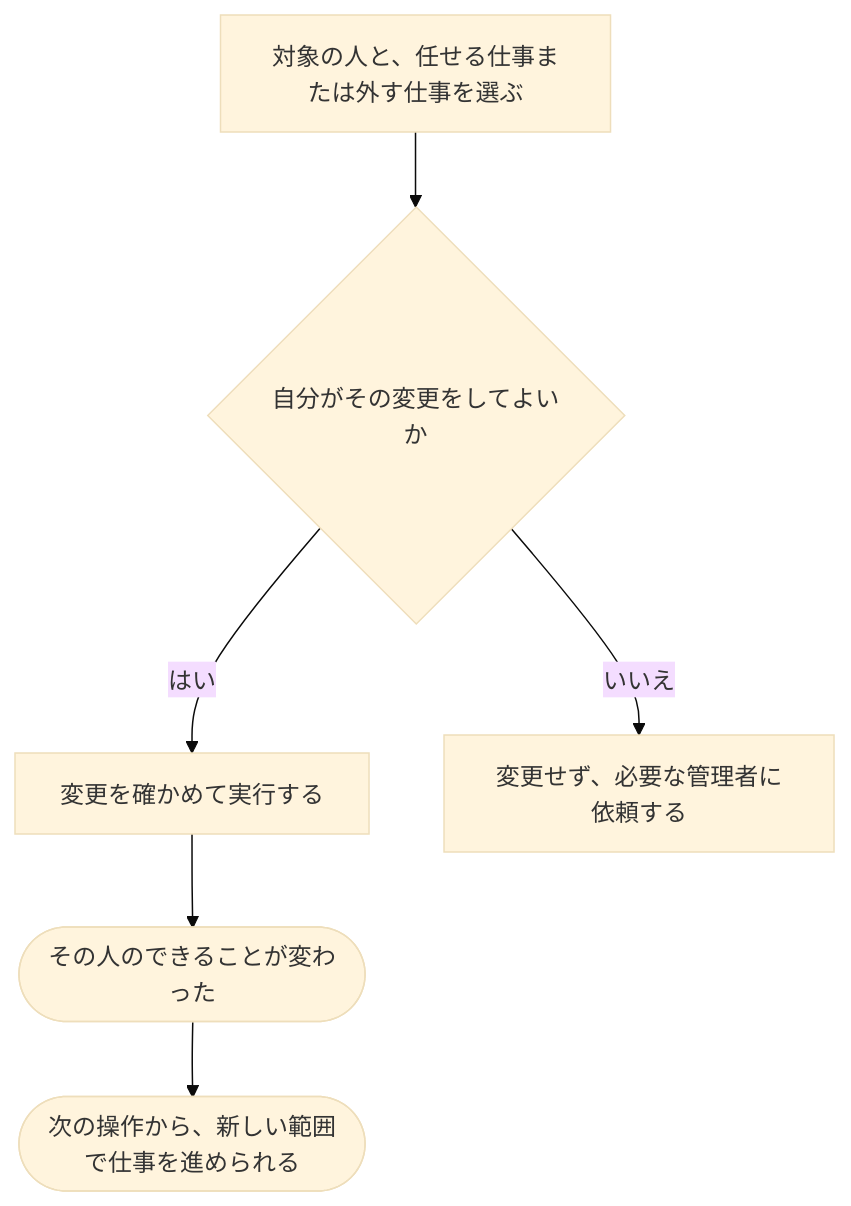
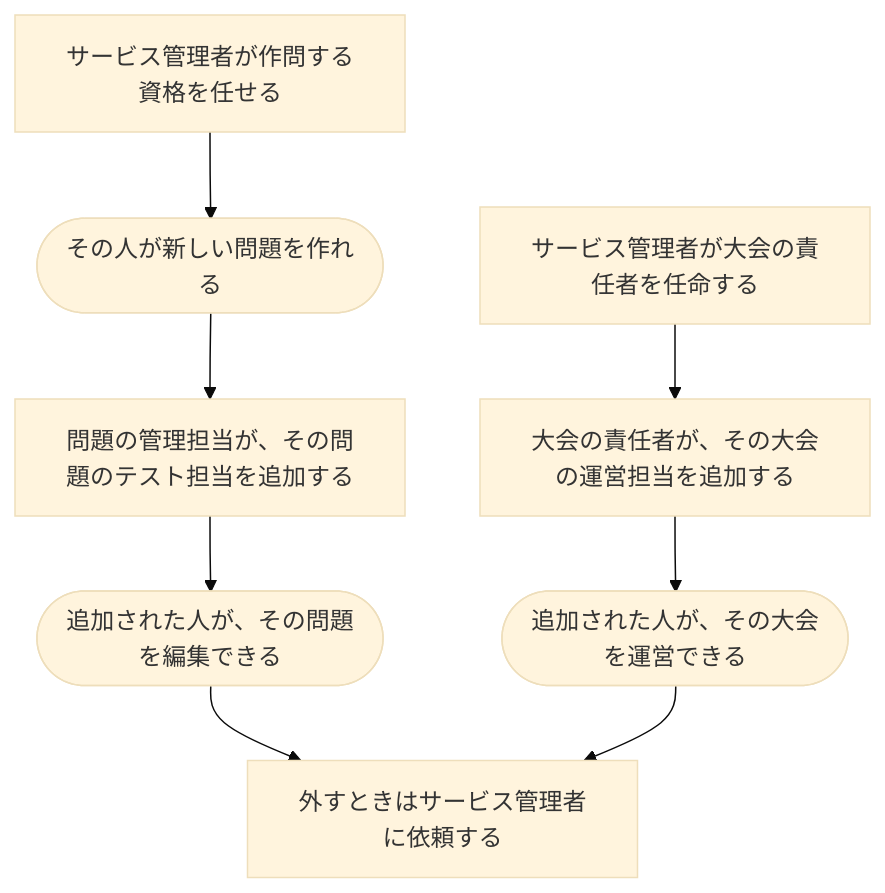
Before and after one commit to traP-jp/traOJudge: the diagram in docs/requirements/scenarios/permissions/change-permissions.md, drawn with Mermaid (base theme). The commit also changed other lines of this file and 58 other files, not shown here.

````diff
--- a/docs/requirements/scenarios/permissions/change-permissions.md
+++ b/docs/requirements/scenarios/permissions/change-permissions.md
@@ -15,8 +28,10 @@
 ```mermaid
 flowchart TD
-    A["対象の人と、任せる仕事または外す仕事を選ぶ"] --> B{"自分がその変更をしてよいか"}
-    B -->|はい| C["変更を確かめて実行する"]
-    C --> D(["その人のできることが変わった"])
-    D --> E(["次の操作から、新しい範囲で仕事を進められる"])
-    B -->|いいえ| F["変更せず、必要な管理者に依頼する"]
+    A["サービス管理者が作問する資格を任せる"] --> B(["その人が新しい問題を作れる"])
+    B --> C["問題の管理担当が、その問題のテスト担当を追加する"]
+    C --> D(["追加された人が、その問題を編集できる"])
+    D --> E["外すときはサービス管理者に依頼する"]
+    F["サービス管理者が大会の責任者を任命する"] --> G["大会の責任者が、その大会の運営担当を追加する"]
+    G --> H(["追加された人が、その大会を運営できる"])
+    H --> E
 ```
````
